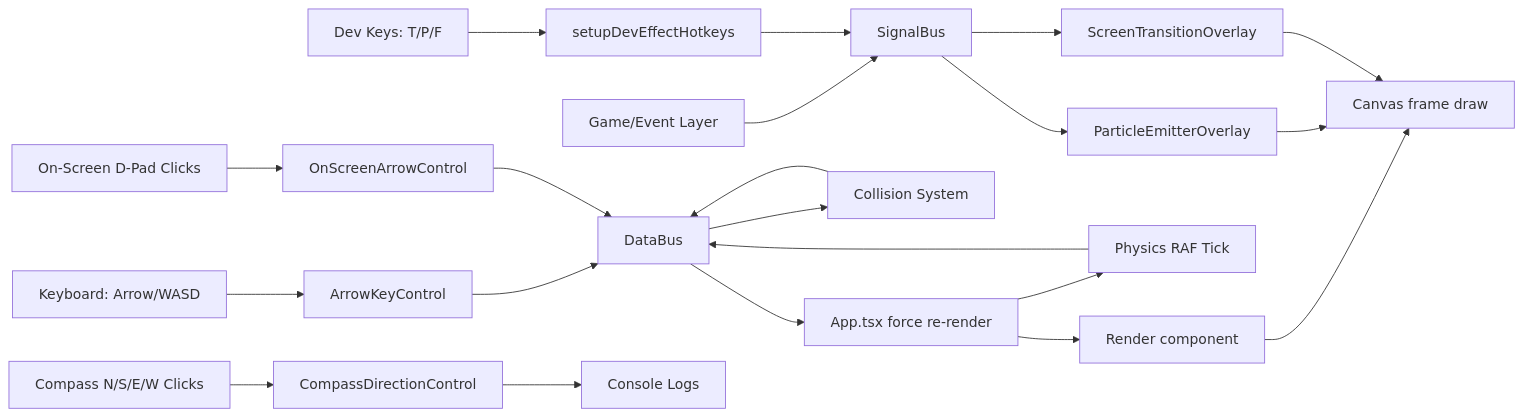
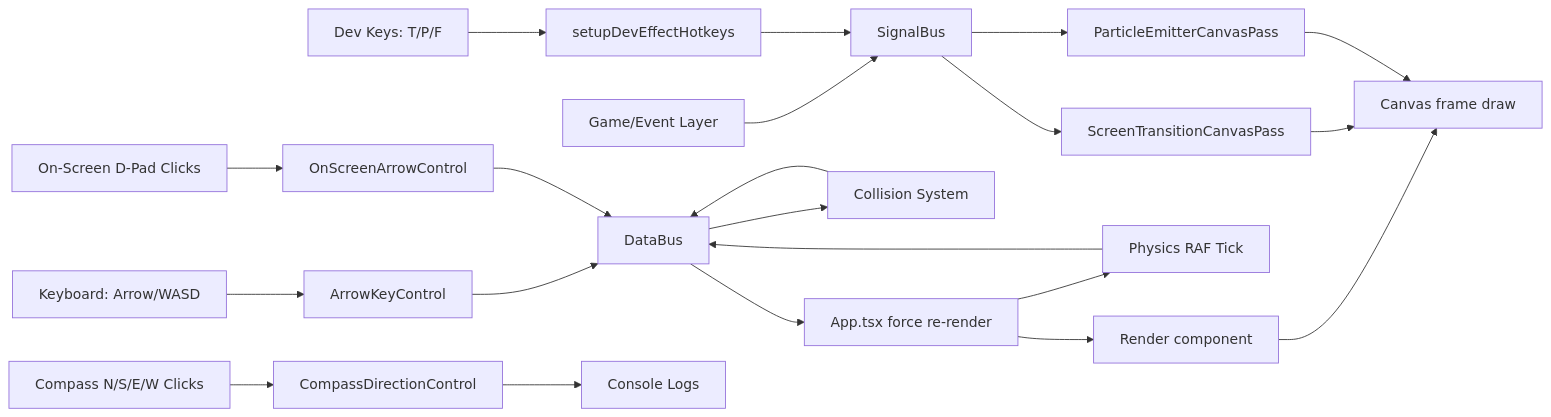
One commit to obskera/UrsaManus changed the diagram in docs/ARCHITECTURE.md. Above: the diagram before and after it, drawn with Mermaid. The commit also changed other lines of this file and 55 other files, not shown here.

````diff
--- a/docs/ARCHITECTURE.md
+++ b/docs/ARCHITECTURE.md
@@ -9,26 +9,26 @@
 ```mermaid
 flowchart LR
     K[Keyboard: Arrow/WASD] --> AK[ArrowKeyControl]
     C[On-Screen D-Pad Clicks] --> OSC[OnScreenArrowControl]
     N[Compass N/S/E/W Clicks] --> CDC[CompassDirectionControl]
     D[Dev Keys: T/P/F] --> DE[setupDevEffectHotkeys]
     E[Game/Event Layer] --> SB[SignalBus]
     DE --> SB
-    SB --> STO[ScreenTransitionOverlay]
-    SB --> PEO[ParticleEmitterOverlay]
+    SB --> STP[ScreenTransitionCanvasPass]
+    SB --> PTP[ParticleEmitterCanvasPass]
 
     AK --> DB[DataBus]
     OSC --> DB
     CDC --> LOG[Console Logs]
 
     DB --> CS[Collision System]
     CS --> DB
 
     DB --> APP[App.tsx force re-render]
     APP --> PHYS[Physics RAF Tick]
     PHYS --> DB
     APP --> RENDER[Render component]
     RENDER --> CANVAS[Canvas frame draw]
-    PEO --> CANVAS
-    STO --> CANVAS
+    STP --> CANVAS
+    PTP --> CANVAS
 ```
````
